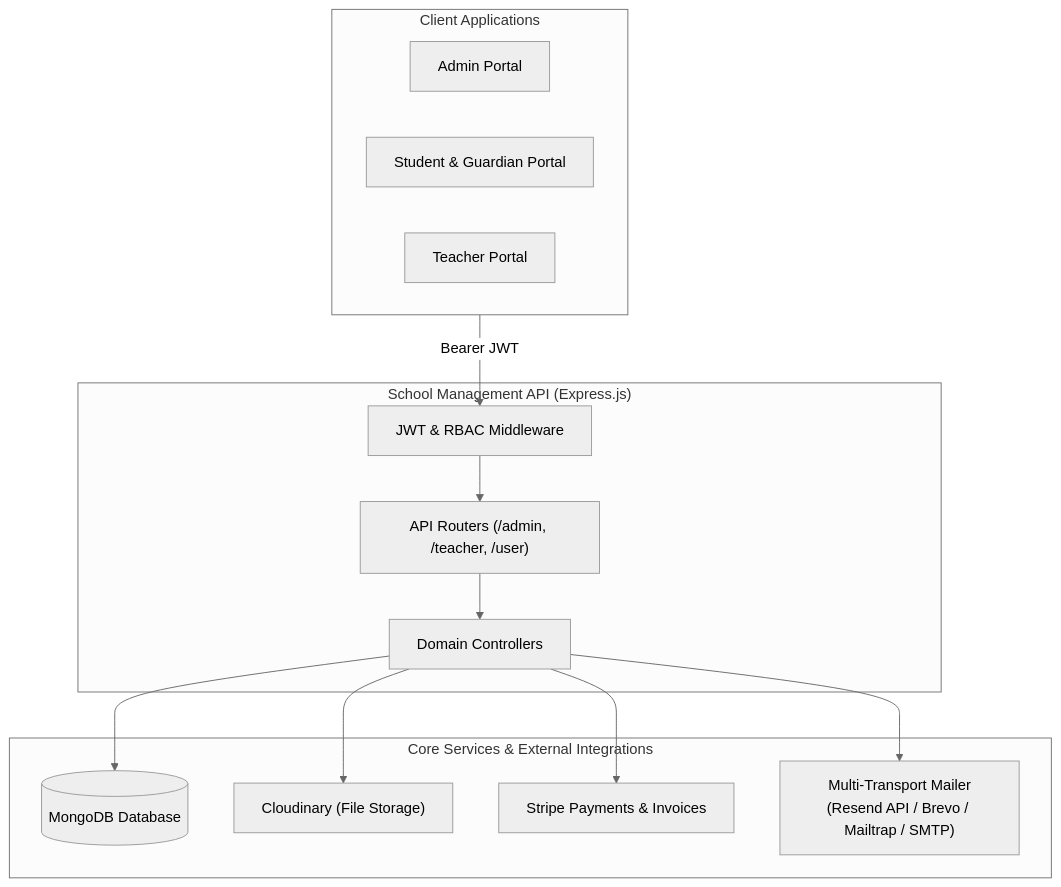
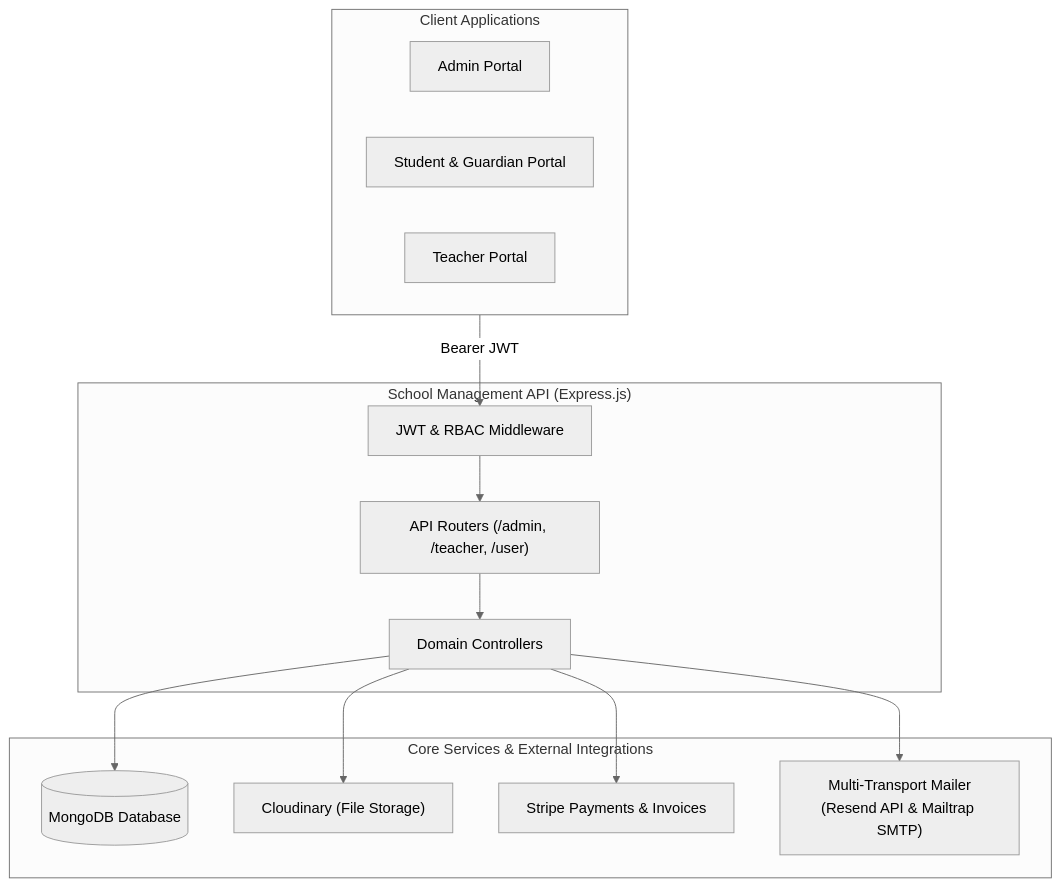
Before and after one commit to FarhadNuri/School-Management-Server: the first of 2 diagrams in README.md, drawn with Mermaid (neutral theme). The commit also changed other lines of this file, not shown here.

````diff
--- a/README.md
+++ b/README.md
@@ -62,29 +62,29 @@
 ```mermaid
 flowchart TD
     subgraph Clients["Client Applications"]
         AdminApp["Admin Portal"]
         UserApp["Student & Guardian Portal"]
         TeacherApp["Teacher Portal"]
     end
 
     subgraph API["School Management API (Express.js)"]
         AuthGuard["JWT & RBAC Middleware"]
         Router["API Routers (/admin, /teacher, /user)"]
         Controllers["Domain Controllers"]
     end
 
     subgraph Services["Core Services & External Integrations"]
         DB[(MongoDB Database)]
         Cloudinary["Cloudinary (File Storage)"]
         Stripe["Stripe Payments & Invoices"]
-        Mailer["Multi-Transport Mailer\n(Resend API / Brevo / Mailtrap / SMTP)"]
+        Mailer["Multi-Transport Mailer\n(Resend API & Mailtrap SMTP)"]
     end
 
     Clients -->|Bearer JWT| AuthGuard
     AuthGuard --> Router
     Router --> Controllers
     Controllers --> DB
     Controllers --> Cloudinary
     Controllers --> Stripe
     Controllers --> Mailer
 ```
````
